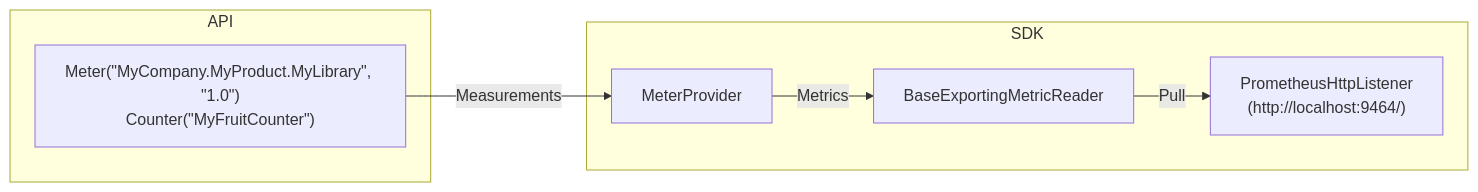
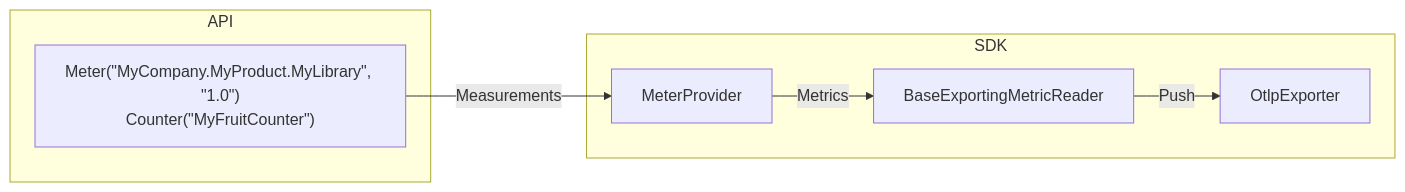
Before and after one commit to open-telemetry/opentelemetry-dotnet: the second of 3 diagrams in docs/metrics/getting-started-prometheus-grafana/README.md, drawn with Mermaid. The commit also changed other lines of this file and 2 other files, not shown here.

````diff
--- a/docs/metrics/getting-started-prometheus-grafana/README.md
+++ b/docs/metrics/getting-started-prometheus-grafana/README.md
@@ -59,17 +213,17 @@
 ```mermaid
 graph LR
 
 subgraph SDK
   MeterProvider
   MetricReader[BaseExportingMetricReader]
-  PrometheusHttpListener["PrometheusHttpListener<br/>(http://localhost:9464/)"]
+  OtlpExporter
 end
 
 subgraph API
   Instrument["Meter(#quot;MyCompany.MyProduct.MyLibrary#quot;, #quot;1.0#quot;)<br/>Counter(#quot;MyFruitCounter#quot;)"]
 end
 
 Instrument --> | Measurements | MeterProvider
 
-MeterProvider --> | Metrics | MetricReader --> | Pull | PrometheusHttpListener
+MeterProvider --> | Metrics | MetricReader --> | Push | OtlpExporter
 ```
````
